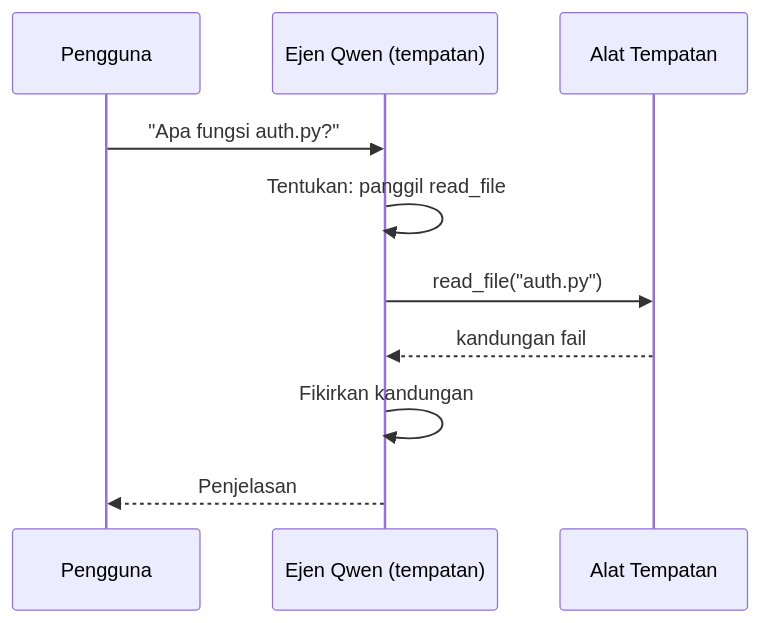
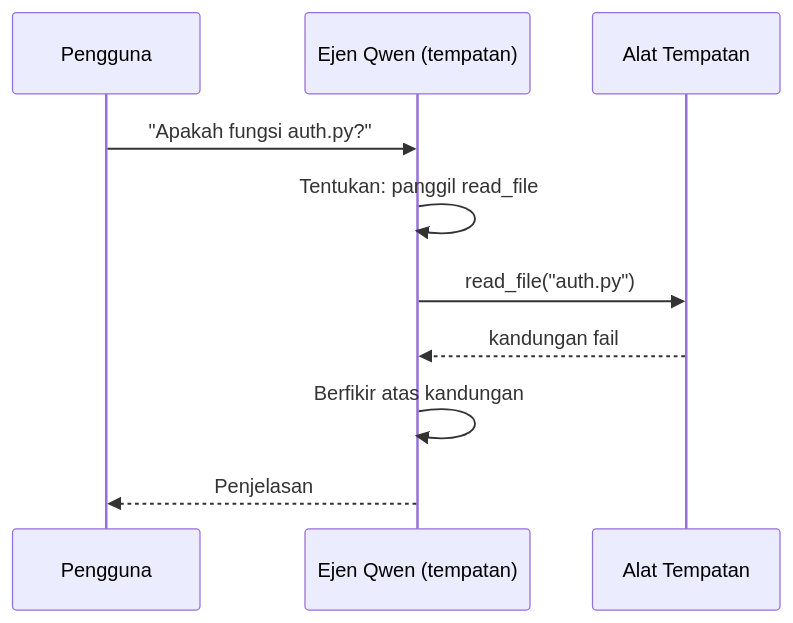
Before and after one commit to microsoft/ai-agents-for-beginners: the second of 4 diagrams in translations/ms/17-creating-local-ai-agents/README.md, drawn with Mermaid. The commit also changed other lines of this file and 46 other files, not shown here.

````diff
--- a/translations/ms/17-creating-local-ai-agents/README.md
+++ b/translations/ms/17-creating-local-ai-agents/README.md
@@ -106,12 +106,12 @@
 ```mermaid
 sequenceDiagram
     participant U as Pengguna
     participant A as Ejen Qwen (tempatan)
     participant T as Alat Tempatan
-    U->>A: "Apa fungsi auth.py?"
+    U->>A: "Apakah fungsi auth.py?"
     A->>A: Tentukan: panggil read_file
     A->>T: read_file("auth.py")
     T-->>A: kandungan fail
-    A->>A: Fikirkan kandungan
+    A->>A: Berfikir atas kandungan
     A-->>U: Penjelasan
 ```
````
